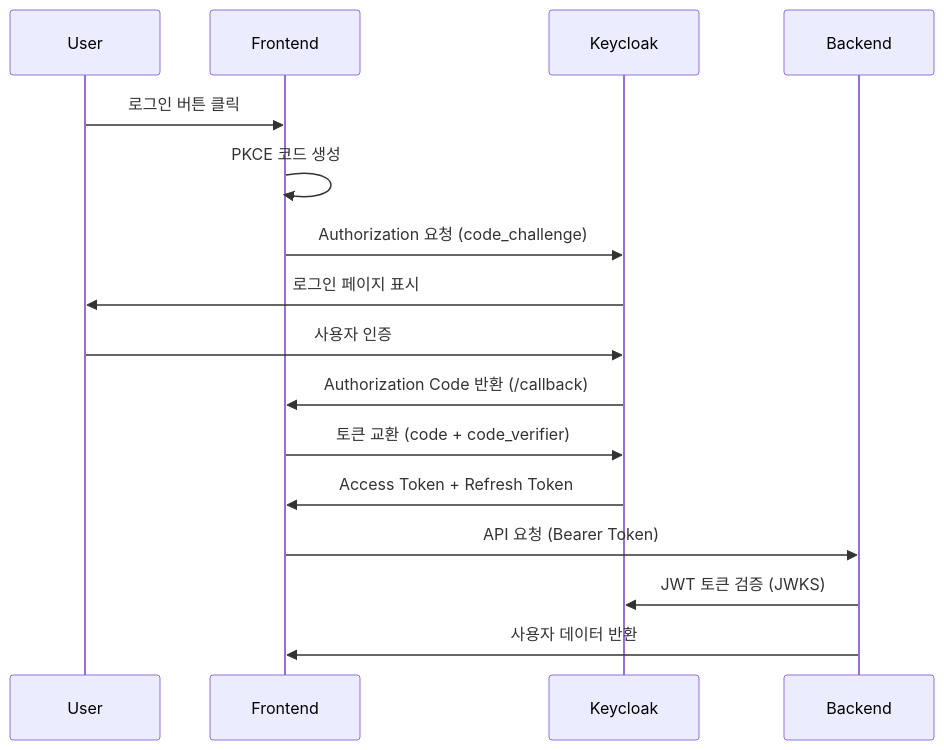
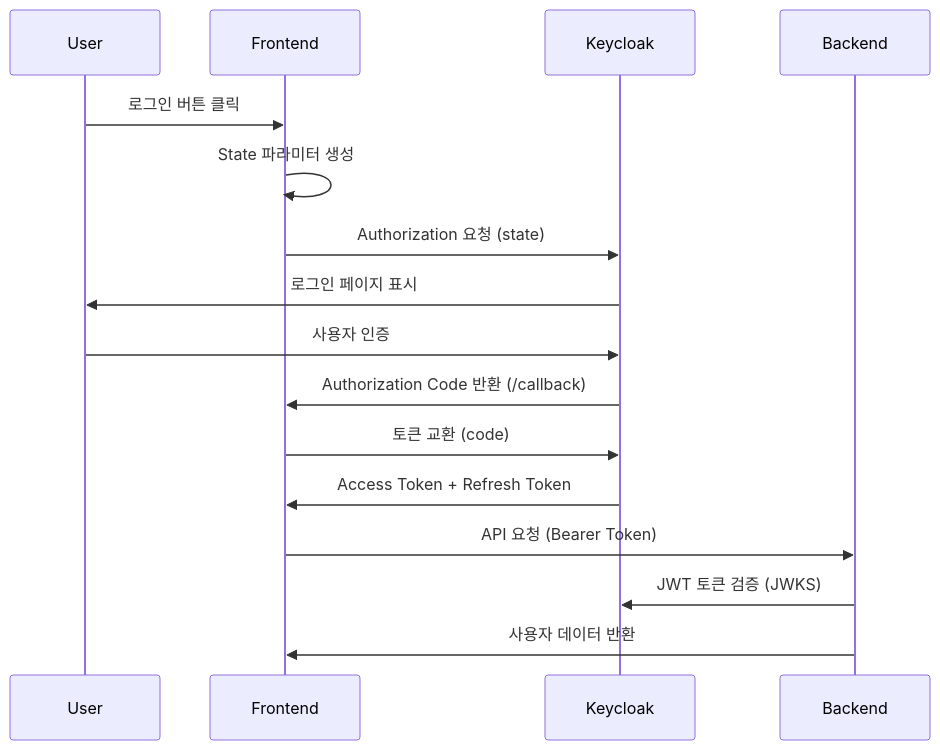
One commit to kenshin579/tutorials-go changed the diagram in keycloak/README.md. Above: the diagram before and after it, drawn with Mermaid. The commit also changed other lines of this file and 2 other files, not shown here.

Commit message:
[#570] PKCE 사용 제거

````diff
--- a/keycloak/README.md
+++ b/keycloak/README.md
@@ -254,19 +254,19 @@
 ```mermaid
 sequenceDiagram
     participant U as User
     participant F as Frontend
     participant K as Keycloak
     participant B as Backend
 
     U->>F: 로그인 버튼 클릭
-    F->>F: PKCE 코드 생성
-    F->>K: Authorization 요청 (code_challenge)
+    F->>F: State 파라미터 생성
+    F->>K: Authorization 요청 (state)
     K->>U: 로그인 페이지 표시
     U->>K: 사용자 인증
     K->>F: Authorization Code 반환 (/callback)
-    F->>K: 토큰 교환 (code + code_verifier)
+    F->>K: 토큰 교환 (code)
     K->>F: Access Token + Refresh Token
     F->>B: API 요청 (Bearer Token)
     B->>K: JWT 토큰 검증 (JWKS)
     B->>F: 사용자 데이터 반환
 ```
````
